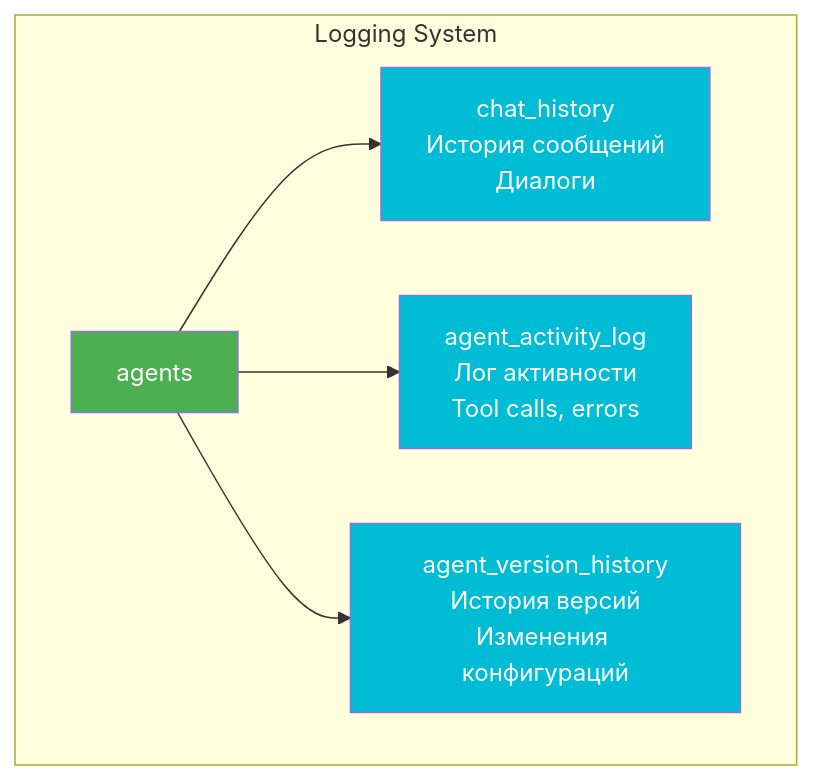
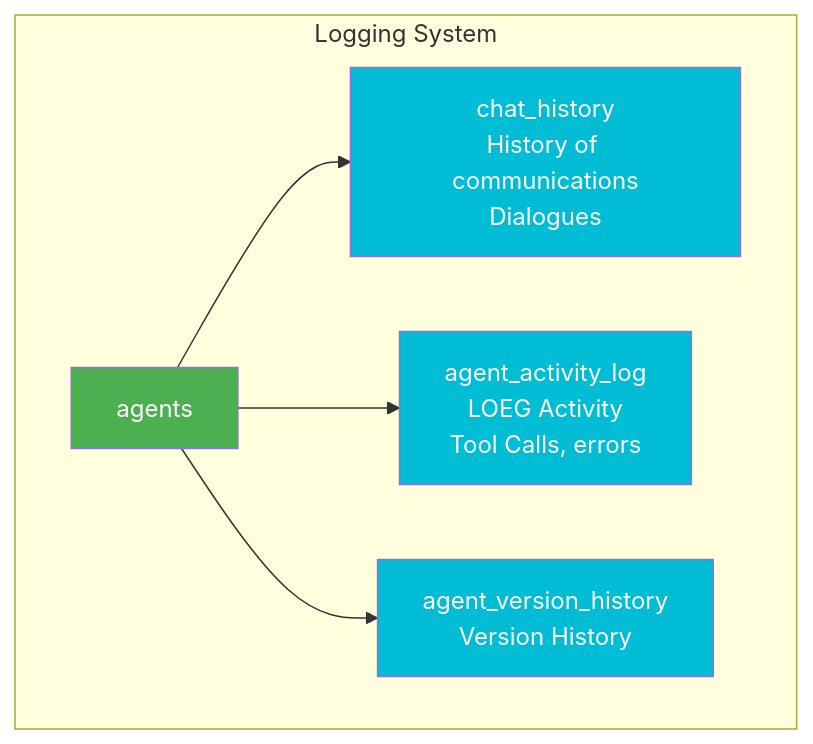
One commit to Maxi-online/hr-intelligence-platform changed the fourth of 11 diagrams in components/office_services/central_database/DATABASE_DIAGRAM.md. Above: the diagram before and after it, drawn with Mermaid. The commit also changed other lines of this file and 90 other files, not shown here.

````diff
--- a/components/office_services/central_database/DATABASE_DIAGRAM.md
+++ b/components/office_services/central_database/DATABASE_DIAGRAM.md
@@ -388,18 +388,18 @@
 ```mermaid
 graph TB
     subgraph "Logging System"
         A[agents]
-        CH[chat_history<br/>История сообщений<br/>Диалоги]
-        AL[agent_activity_log<br/>Лог активности<br/>Tool calls, errors]
-        VH[agent_version_history<br/>История версий<br/>Изменения конфигураций]
+        CH[chat_history<br/>History of communications<br/>Dialogues]
+        AL[agent_activity_log<br/>LOEG Activity <br/>Tool Calls, errors]
+        VH[agent_version_history<br/> Version History<br/>]
         
         A --> CH
         A --> AL
         A --> VH
     end
     
     style A fill:#4CAF50,color:#fff
     style CH fill:#00BCD4,color:#fff
     style AL fill:#00BCD4,color:#fff
     style VH fill:#00BCD4,color:#fff
 ```
````
